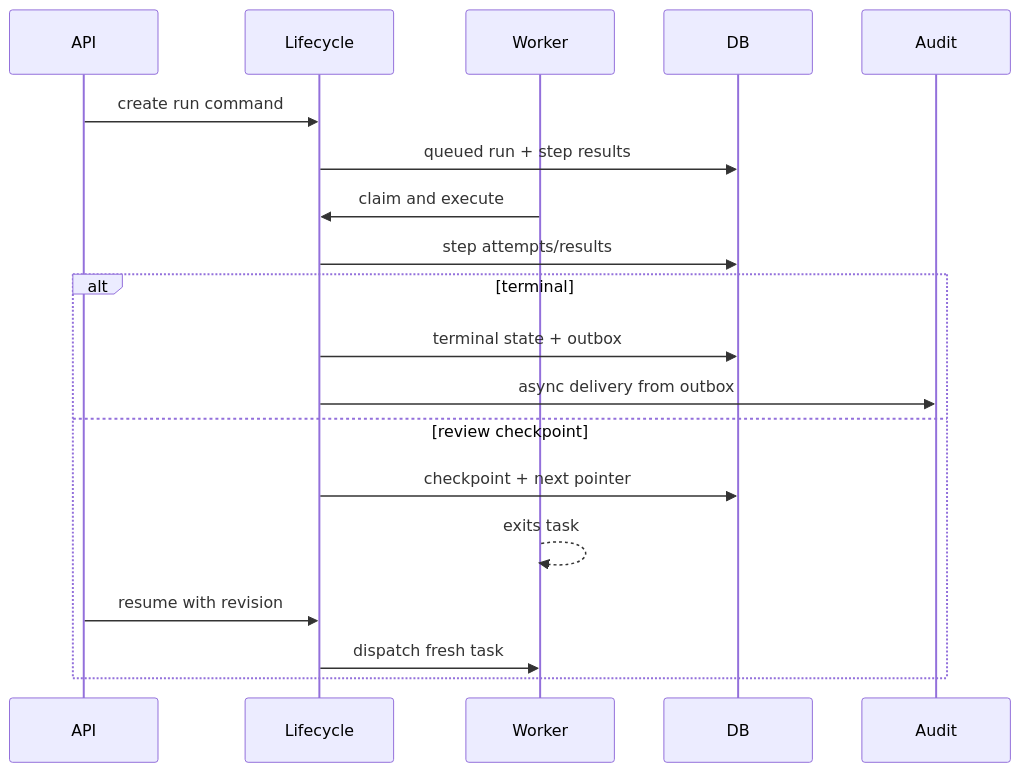
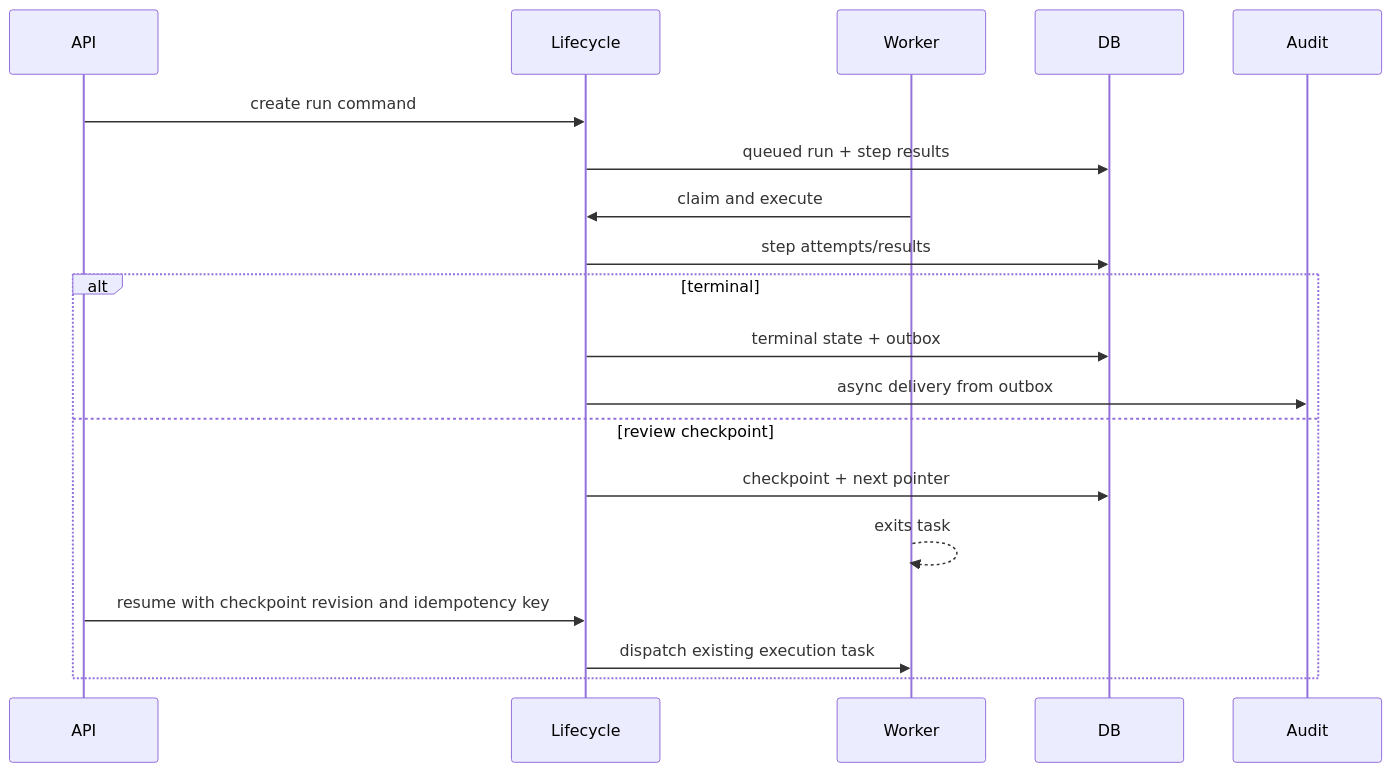
The diagram in docs/refactor/prd/PRD-003-runtime-reliability-and-feature-gaps.md (eneo-ai/eneo), drawn with Mermaid before and after one commit. The commit also changed other lines of this file and 6 other files, not shown here.

Commit message:
flows: plan human review checkpoints

````diff
--- a/docs/refactor/prd/PRD-003-runtime-reliability-and-feature-gaps.md
+++ b/docs/refactor/prd/PRD-003-runtime-reliability-and-feature-gaps.md
@@ -55,22 +55,22 @@
 ```mermaid
 sequenceDiagram
   participant API
   participant Lifecycle
   participant Worker
   participant DB
   participant Audit
 
   API->>Lifecycle: create run command
   Lifecycle->>DB: queued run + step results
   Worker->>Lifecycle: claim and execute
   Lifecycle->>DB: step attempts/results
   alt terminal
     Lifecycle->>DB: terminal state + outbox
     Lifecycle->>Audit: async delivery from outbox
   else review checkpoint
     Lifecycle->>DB: checkpoint + next pointer
     Worker-->>Worker: exits task
-    API->>Lifecycle: resume with revision
-    Lifecycle->>Worker: dispatch fresh task
+    API->>Lifecycle: resume with checkpoint revision and idempotency key
+    Lifecycle->>Worker: dispatch existing execution task
   end
 ```
````
